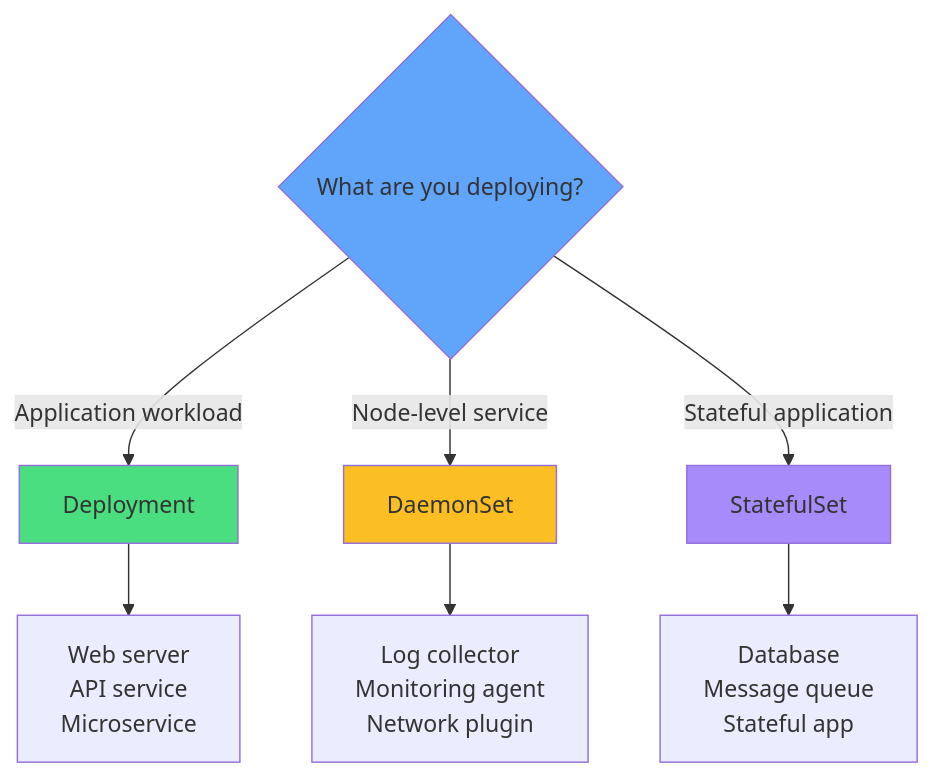
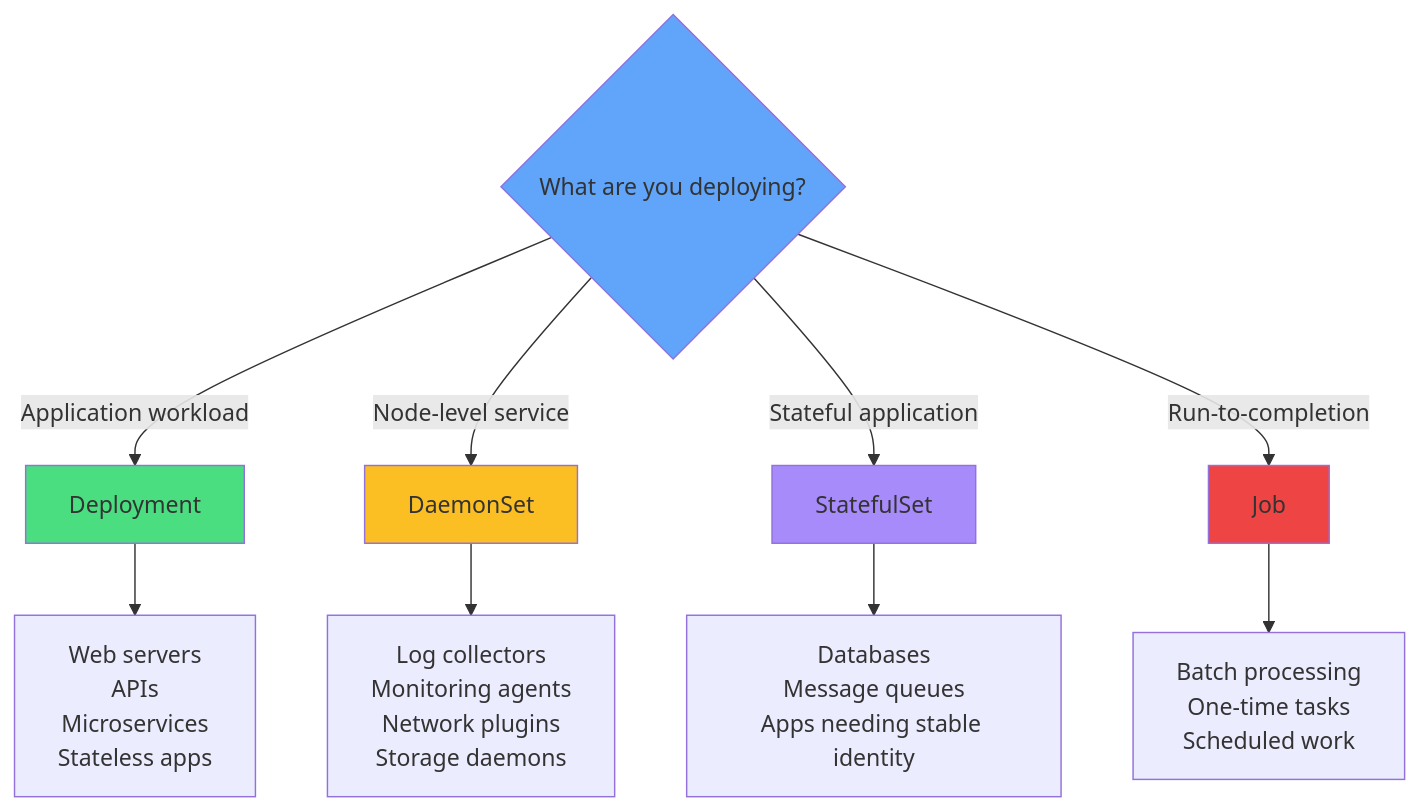
One commit to courselabs/kubernetes changed the sixth of 18 diagrams in slides/daemonsets/slides.md. Above: the diagram before and after it, drawn with Mermaid. The commit also changed other lines of this file and 7 other files, not shown here.

````diff
--- a/slides/daemonsets/slides.md
+++ b/slides/daemonsets/slides.md
@@ -213,14 +235,19 @@
 ```mermaid
 graph TD
     Q{What are you deploying?}
     Q -->|Application workload| D[Deployment]
     Q -->|Node-level service| DS[DaemonSet]
     Q -->|Stateful application| SS[StatefulSet]
-    D --> E1[Web server<br/>API service<br/>Microservice]
-    DS --> E2[Log collector<br/>Monitoring agent<br/>Network plugin]
-    SS --> E3[Database<br/>Message queue<br/>Stateful app]
+    Q -->|Run-to-completion| J[Job]
+
+    D --> E1[Web servers<br/>APIs<br/>Microservices<br/>Stateless apps]
+    DS --> E2[Log collectors<br/>Monitoring agents<br/>Network plugins<br/>Storage daemons]
+    SS --> E3[Databases<br/>Message queues<br/>Apps needing stable identity]
+    J --> E4[Batch processing<br/>One-time tasks<br/>Scheduled work]
+
     style Q fill:#60a5fa
     style D fill:#4ade80
     style DS fill:#fbbf24
     style SS fill:#a78bfa
+    style J fill:#ef4444
 ```
````
